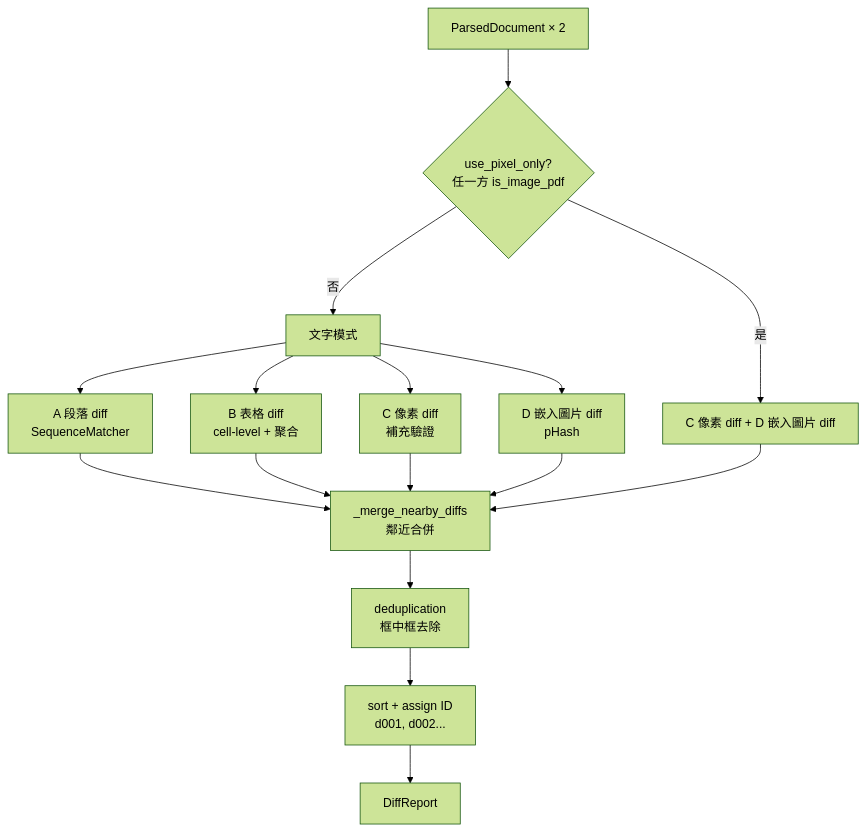
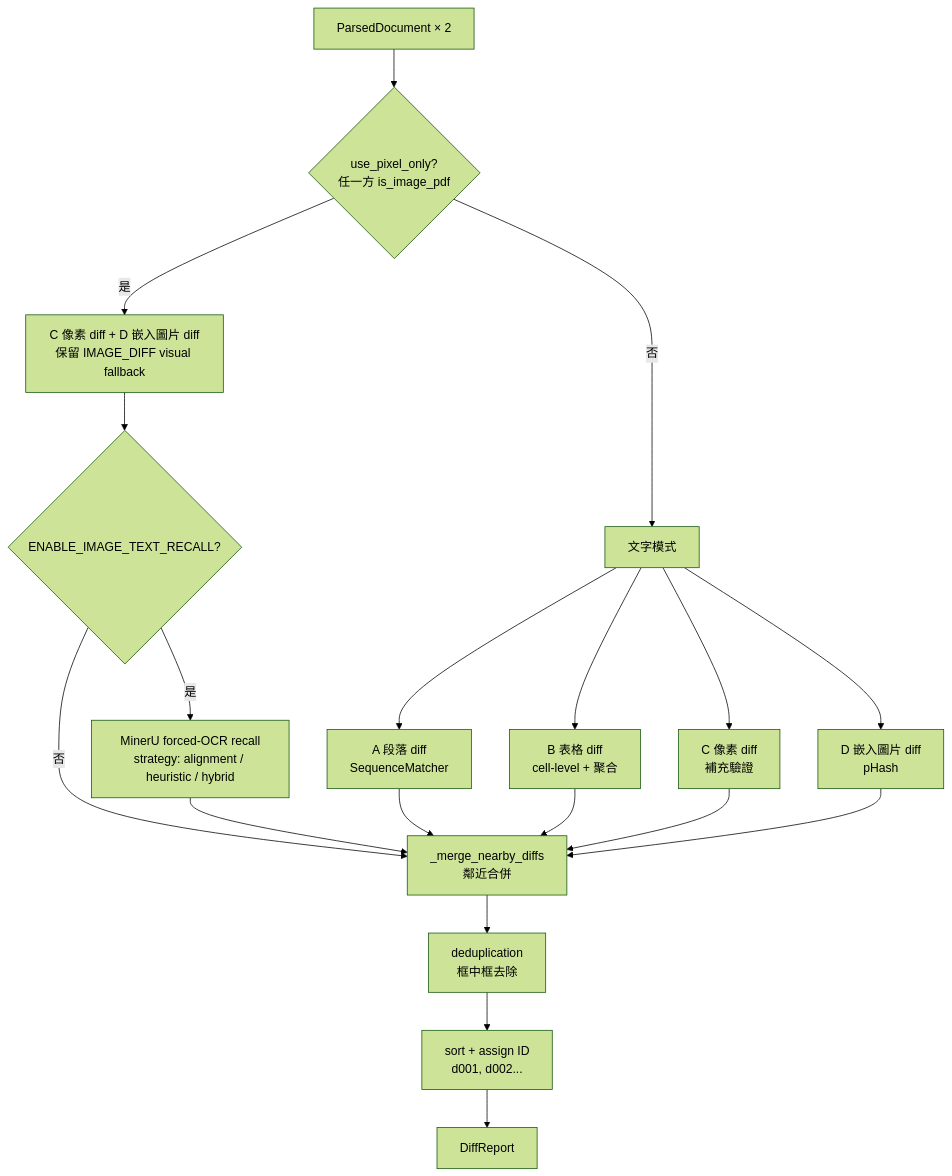
Before and after one commit to a9181873/PDF_check_minerU: the third of 4 diagrams in docs/technical-architecture.md, drawn with Mermaid (forest theme). The commit also changed other lines of this file and 32 other files, not shown here.

````diff
--- a/docs/technical-architecture.md
+++ b/docs/technical-architecture.md
@@ -217,15 +219,18 @@
 ```mermaid
 graph TD
     A[ParsedDocument × 2] --> B{use_pixel_only?<br/>任一方 is_image_pdf}
-    B -->|是| PIX[C 像素 diff + D 嵌入圖片 diff]
+    B -->|是| PIX[C 像素 diff + D 嵌入圖片 diff<br/>保留 IMAGE_DIFF visual fallback]
+    PIX --> R{ENABLE_IMAGE_TEXT_RECALL?}
+    R -->|是| REC[MinerU forced-OCR recall<br/>strategy: alignment / heuristic / hybrid]
+    R -->|否| M
+    REC --> M
     B -->|否| TXT[文字模式]
     TXT --> E[A 段落 diff<br/>SequenceMatcher]
     TXT --> F[B 表格 diff<br/>cell-level + 聚合]
     TXT --> G[C 像素 diff<br/>補充驗證]
     TXT --> H[D 嵌入圖片 diff<br/>pHash]
     E & F & G & H --> M[_merge_nearby_diffs<br/>鄰近合併]
-    PIX --> M
     M --> N[deduplication<br/>框中框去除]
     N --> O[sort + assign ID<br/>d001, d002...]
     O --> P[DiffReport]
 ```
````
